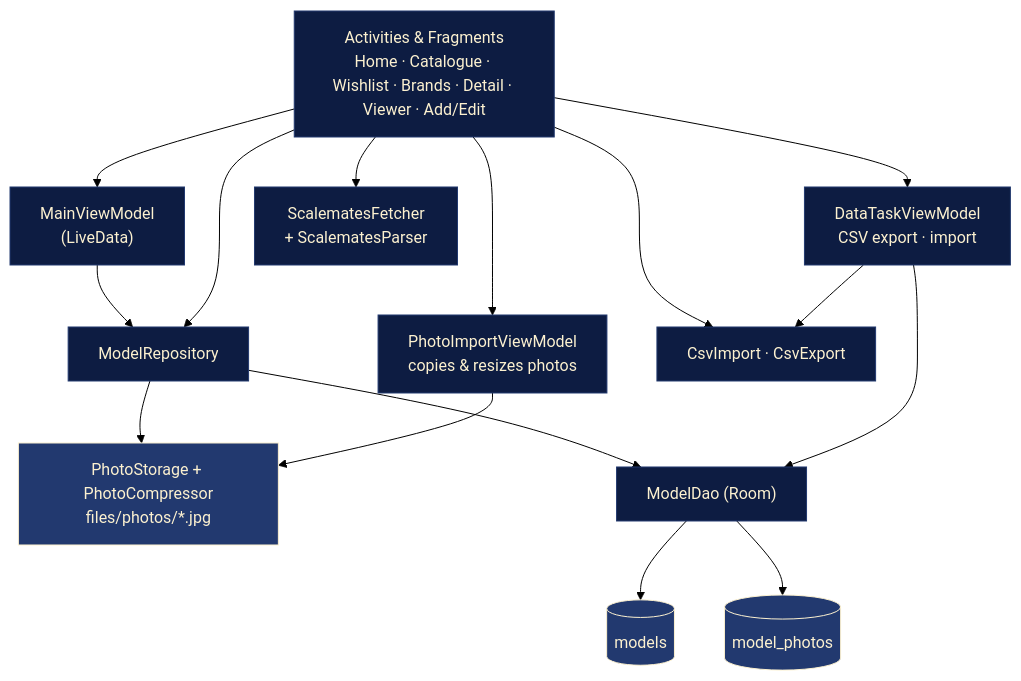
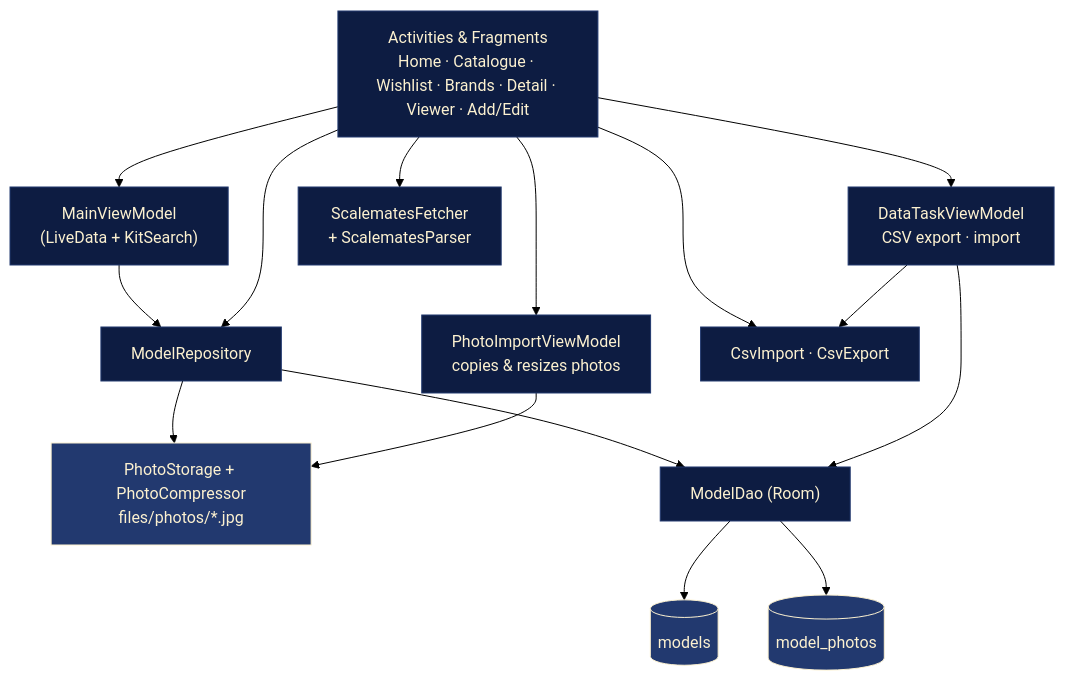
The diagram in README.md (SarthakBharad-AndroidStudio/model-stash), drawn with Mermaid (forest theme) before and after one commit. The commit also changed other lines of this file and 7 other files, not shown here.

````diff
--- a/README.md
+++ b/README.md
@@ -199,22 +201,22 @@
 ```mermaid
 flowchart TD
-    UI["Activities & Fragments<br/>Home · Catalogue · Wishlist · Brands · Detail · Viewer · Add/Edit"] --> VM["MainViewModel<br/>(LiveData)"]
+    UI["Activities & Fragments<br/>Home · Catalogue · Wishlist · Brands · Detail · Viewer · Add/Edit"] --> VM["MainViewModel<br/>(LiveData + KitSearch)"]
     UI --> IVM["PhotoImportViewModel<br/>copies & resizes photos"]
     UI --> DVM["DataTaskViewModel<br/>CSV export · import"]
     UI --> REPO[ModelRepository]
     VM --> REPO
     IVM --> PS
     DVM --> DAO
     DVM --> CSV
     REPO --> DAO["ModelDao (Room)"]
     DAO --> DB1[("models")]
     DAO --> DB2[("model_photos")]
     REPO --> PS["PhotoStorage + PhotoCompressor<br/>files/photos/*.jpg"]
     UI --> SM["ScalematesFetcher<br/>+ ScalematesParser"]
     UI --> CSV["CsvImport · CsvExport"]
 
     classDef navy fill:#0D1C42,stroke:#22396F,color:#FCF1D0
     classDef store fill:#22396F,stroke:#FCF1D0,color:#FCF1D0
     class UI,VM,IVM,DVM,REPO,DAO,SM,CSV navy
     class DB1,DB2,PS store
 ```
````
